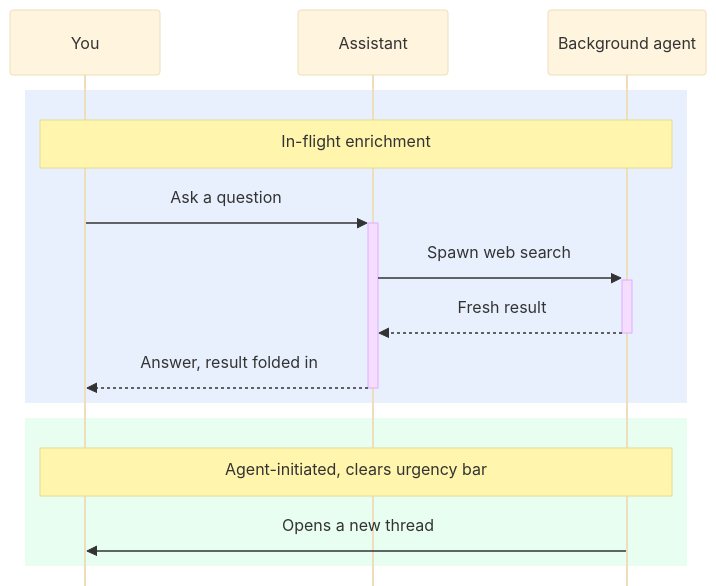
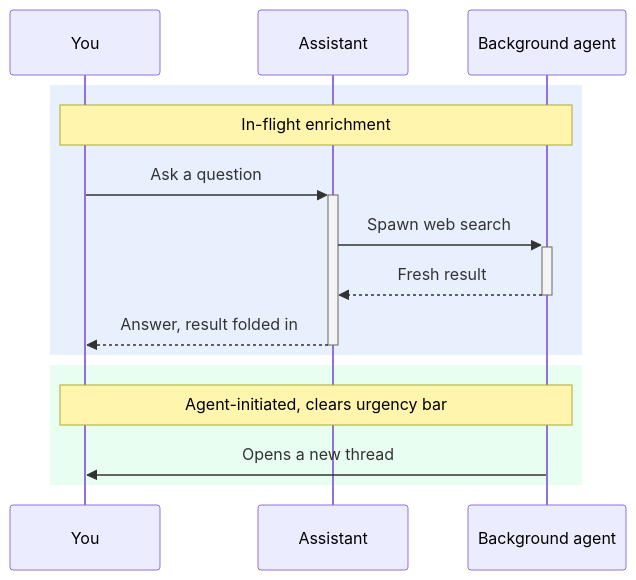
Before and after one commit to alex-oleshkevich/dailydrift: the fifth of 5 diagrams in specs/how-it-works.md, drawn with Mermaid. The commit also changed other lines of this file and 44 other files, not shown here.

````diff
--- a/specs/how-it-works.md
+++ b/specs/how-it-works.md
@@ -235,18 +231,17 @@
 ```mermaid
-%%{init: {'theme': 'base', 'themeVariables': {'fontSize': '16px'}, 'sequence': {'actorMargin': 90, 'boxMargin': 15, 'noteMargin': 14, 'messageMargin': 45, 'mirrorActors': false}}}%%
 sequenceDiagram
     participant U as You
     participant A as Assistant
     participant B as Background agent
     rect rgb(232, 240, 254)
         Note over U,B: In-flight enrichment
         U->>+A: Ask a question
         A->>+B: Spawn web search
         B-->>-A: Fresh result
         A-->>-U: Answer, result folded in
     end
     rect rgb(232, 254, 240)
         Note over B,U: Agent-initiated, clears urgency bar
         B->>U: Opens a new thread
     end
 ```
````
